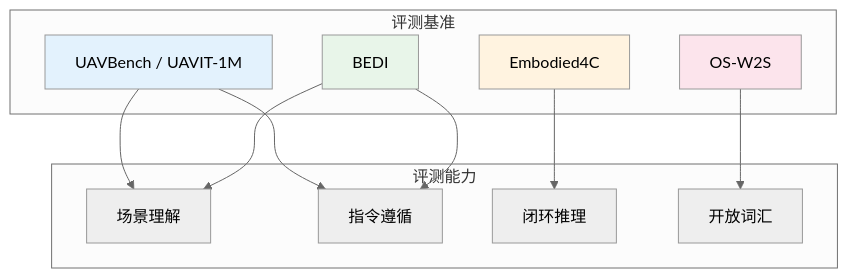
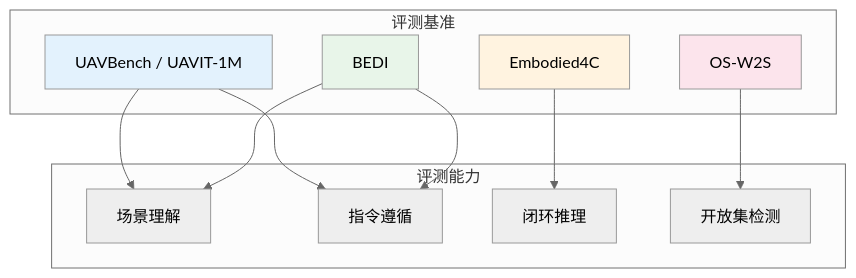
One commit to Qxy661/UAV-WM-VLA-Learning changed the first of 6 diagrams in docs/04-VLM专题/02-无人机场景理解.md. Above: the diagram before and after it, drawn with Mermaid (neutral theme). The commit also changed other lines of this file and 53 other files, not shown here.

````diff
--- a/docs/04-VLM专题/02-无人机场景理解.md
+++ b/docs/04-VLM专题/02-无人机场景理解.md
@@ -20,28 +20,28 @@
 ```mermaid
 graph TB
     subgraph 评测基准
         A[UAVBench / UAVIT-1M]
         B[BEDI]
         C[Embodied4C]
         D[OS-W2S]
     end
     
     subgraph 评测能力
         E[场景理解]
         F[指令遵循]
         G[闭环推理]
-        H[开放词汇]
+        H[开放集检测]
     end
     
     A --> E
     A --> F
     B --> E
     B --> F
     C --> G
     D --> H
     
     style A fill:#e3f2fd
     style B fill:#e8f5e9
     style C fill:#fff3e0
     style D fill:#fce4ec
 ```
````
